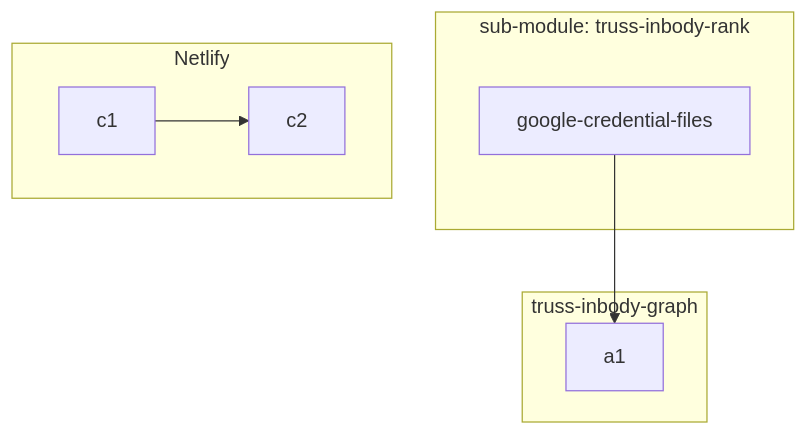
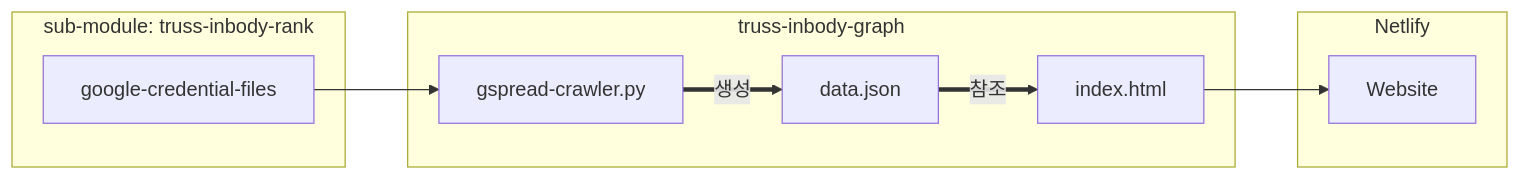
The diagram in README.md (HeeamShin/truss-inbody-graph), drawn with Mermaid before and after one commit. The commit also changed other lines of this file, not shown here.

Commit message:
Update draft for website structure

````diff
--- a/README.md
+++ b/README.md
@@ -9,13 +9,15 @@
 ```mermaid
-flowchart TB
-    google-credential-files --> a1
-    subgraph sub-module: truss-inbody-rank
+flowchart LR
+  google-credential-files --> gspread-crawler.py
+  subgraph sub-module: truss-inbody-rank
     google-credential-files
-    end
-    subgraph truss-inbody-graph
-    a1
-    end
-    subgraph Netlify
-    c1-->c2
-    end
+  end
+  subgraph truss-inbody-graph
+    gspread-crawler.py == 생성 ==> data.json
+    data.json == 참조 ==> index.html
+  end
+    index.html-->Website
+  subgraph Netlify
+    Website
+  end
 ```
````
